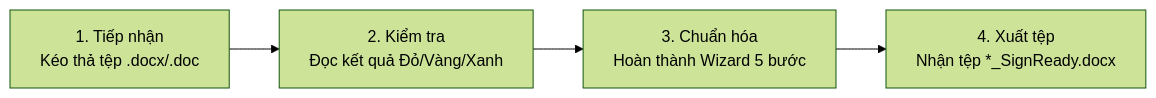
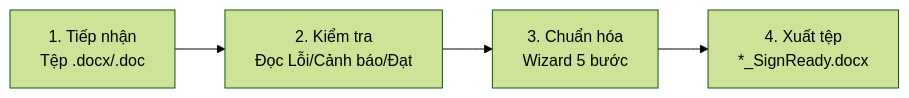
Before and after one commit to mrlongkun/petrolimex-signready-releases: the diagram in README.md, drawn with Mermaid (forest theme). The commit also changed other lines of this file, not shown here.

````diff
--- a/README.md
+++ b/README.md
@@ -92,6 +94,6 @@
 ```mermaid
 flowchart LR
-    A["1. Tiếp nhận\nKéo thả tệp .docx/.doc"] --> B["2. Kiểm tra\nĐọc kết quả Đỏ/Vàng/Xanh"]
-    B --> C["3. Chuẩn hóa\nHoàn thành Wizard 5 bước"]
-    C --> D["4. Xuất tệp\nNhận tệp *_SignReady.docx"]
+    A["1. Tiếp nhận<br/>Tệp .docx/.doc"] --> B["2. Kiểm tra<br/>Đọc Lỗi/Cảnh báo/Đạt"]
+    B --> C["3. Chuẩn hóa<br/>Wizard 5 bước"]
+    C --> D["4. Xuất tệp<br/>*_SignReady.docx"]
 ```
````
